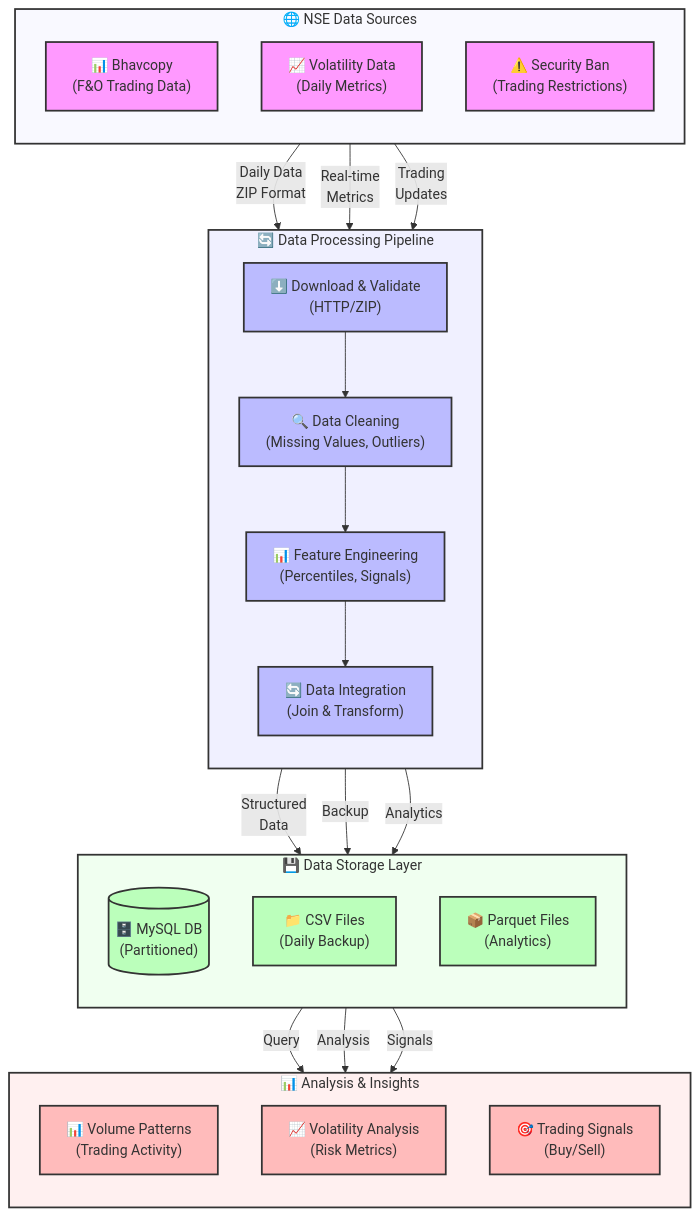
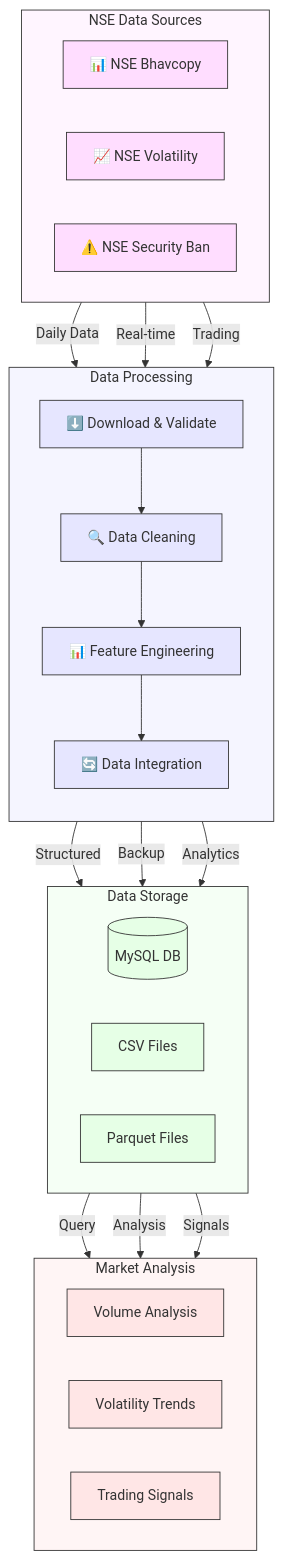
The first of 2 diagrams in README.md (Hemant190894/FO_Bhavcopy), drawn with Mermaid before and after one commit.

Commit message:
update readme file

````diff
--- a/README.md
+++ b/README.md
@@ -5,58 +5,64 @@
 ```mermaid
 flowchart TD
-    classDef source fill:#f9f,stroke:#333,stroke-width:2px
-    classDef process fill:#bbf,stroke:#333,stroke-width:2px
-    classDef storage fill:#bfb,stroke:#333,stroke-width:2px
-    classDef analysis fill:#fbb,stroke:#333,stroke-width:2px
+    %% Define styles
+    classDef source fill:#ffddff,stroke:#333,stroke-width:1px
+    classDef process fill:#e6e6ff,stroke:#333,stroke-width:1px
+    classDef storage fill:#e6ffe6,stroke:#333,stroke-width:1px
+    classDef analysis fill:#ffe6e6,stroke:#333,stroke-width:1px
 
-    subgraph NSE [🌐 NSE Data Sources]
-        direction TB
-        A1["📊 Bhavcopy\n(F&O Trading Data)"]:::source
-        A2["📈 Volatility Data\n(Daily Metrics)"]:::source
-        A3["⚠️ Security Ban\n(Trading Restrictions)"]:::source
+    %% Data Sources
+    subgraph Sources [NSE Data Sources]
+        direction LR
+        A1["📊 NSE Bhavcopy"]:::source
+        A2["📈 NSE Volatility"]:::source
+        A3["⚠️ NSE Security Ban"]:::source
     end
 
-    subgraph ETL [🔄 Data Processing Pipeline]
+    %% Processing Pipeline
+    subgraph Process [Data Processing]
         direction TB
-        P1["⬇️ Download & Validate\n(HTTP/ZIP)"]:::process
-        P2["🔍 Data Cleaning\n(Missing Values, Outliers)"]:::process
-        P3["📊 Feature Engineering\n(Percentiles, Signals)"]:::process
-        P4["🔄 Data Integration\n(Join & Transform)"]:::process
+        P1["⬇️ Download & Validate"]:::process
+        P2["🔍 Data Cleaning"]:::process
+        P3["📊 Feature Engineering"]:::process
+        P4["🔄 Data Integration"]:::process
 
         P1 --> P2
         P2 --> P3
         P3 --> P4
     end
 
-    subgraph Store [💾 Data Storage Layer]
-        direction TB
-        S1[("🗄️ MySQL DB\n(Partitioned)")]:::storage
-        S2["📁 CSV Files\n(Daily Backup)"]:::storage
-        S3["📦 Parquet Files\n(Analytics)"]:::storage
+    %% Storage Layer
+    subgraph Storage [Data Storage]
+        direction LR
+        S1[("MySQL DB")]:::storage
+        S2["CSV Files"]:::storage
+        S3["Parquet Files"]:::storage
     end
 
-    subgraph Analytics [📊 Analysis & Insights]
-        direction TB
-        AN1["📊 Volume Patterns\n(Trading Activity)"]:::analysis
-        AN2["📈 Volatility Analysis\n(Risk Metrics)"]:::analysis
-        AN3["🎯 Trading Signals\n(Buy/Sell)"]:::analysis
+    %% Analysis Layer
+    subgraph Analysis [Market Analysis]
+        direction LR
+        AN1["Volume Analysis"]:::analysis
+        AN2["Volatility Trends"]:::analysis
+        AN3["Trading Signals"]:::analysis
     end
 
-    %% Connections with labels
-    A1 --> |"Daily Data\nZIP Format"| P1
-    A2 --> |"Real-time\nMetrics"| P1
-    A3 --> |"Trading\nUpdates"| P1
+    %% Connections
+    A1 --> |"Daily Data"| P1
+    A2 --> |"Real-time"| P1
+    A3 --> |"Trading"| P1
 
-    P4 --> |"Structured\nData"| S1
+    P4 --> |"Structured"| S1
     P4 --> |"Backup"| S2
     P4 --> |"Analytics"| S3
 
     S1 --> |"Query"| AN1
     S1 --> |"Analysis"| AN2
     S1 --> |"Signals"| AN3
 
-    style NSE fill:#f9f9ff,stroke:#333,stroke-width:2px
-    style ETL fill:#f0f0ff,stroke:#333,stroke-width:2px
-    style Store fill:#f0fff0,stroke:#333,stroke-width:2px
-    style Analytics fill:#fff0f0,stroke:#333,stroke-width:2px
+    %% Subgraph styles
+    style Sources fill:#fff5ff,stroke:#333,stroke-width:1px
+    style Process fill:#f5f5ff,stroke:#333,stroke-width:1px
+    style Storage fill:#f5fff5,stroke:#333,stroke-width:1px
+    style Analysis fill:#fff5f5,stroke:#333,stroke-width:1px
 ```
````
